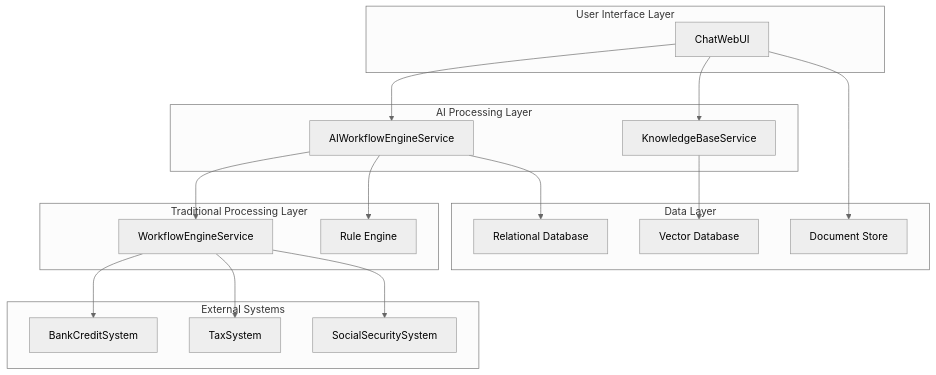
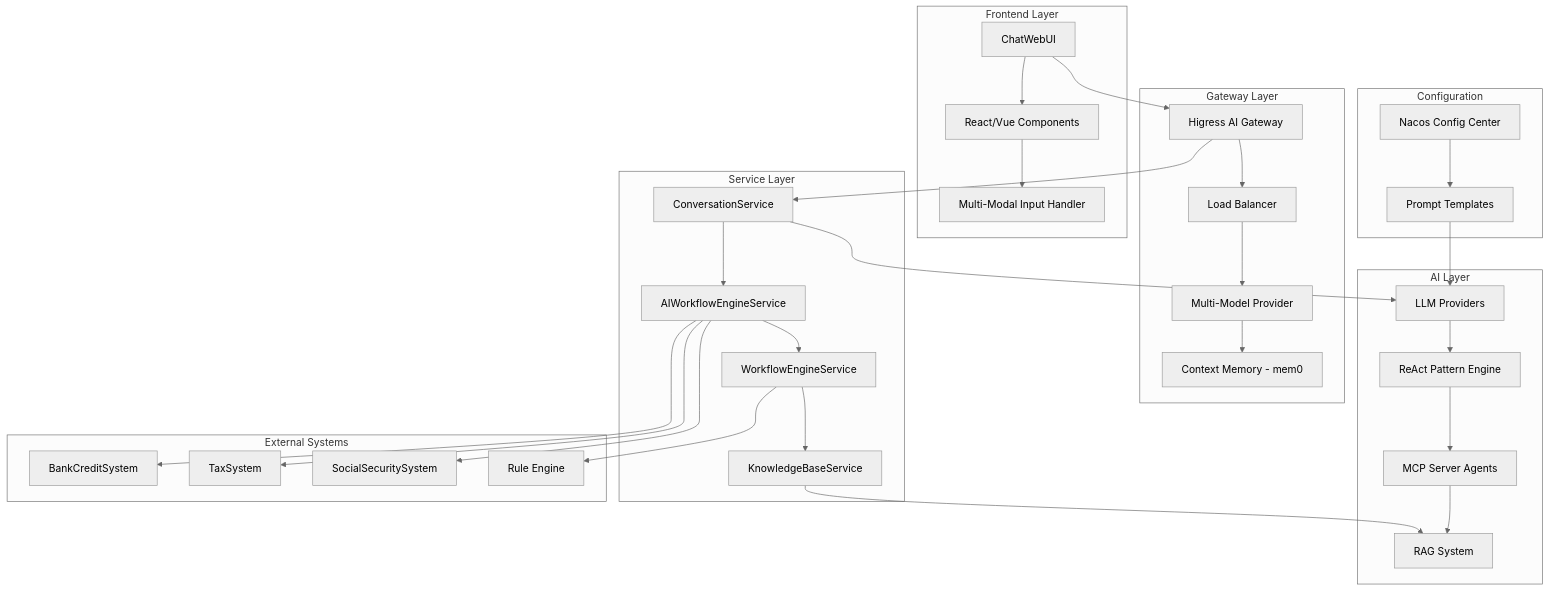
One commit to shayne007/blog changed the first of 2 diagrams in source/_posts/Design-FinTech-AI-Workflow-and-Chat-System.md. Above: the diagram before and after it, drawn with Mermaid (neutral theme). The commit also changed other lines of this file, not shown here.

Commit message:
update ai workflow

```diff
--- a/source/_posts/Design-FinTech-AI-Workflow-and-Chat-System.md
+++ b/source/_posts/Design-FinTech-AI-Workflow-and-Chat-System.md
@@ -15,38 +29,47 @@
-{% mermaid graph TB %}
-    subgraph "User Interface Layer"
-        A[ChatWebUI]
+{% mermaid flowchart TB %}
+    subgraph "Frontend Layer"
+        A[ChatWebUI] --> B[React/Vue Components]
+        B --> C[Multi-Modal Input Handler]
     end
     
-    subgraph "AI Processing Layer"
-        B[AIWorkflowEngineService]
-        C[KnowledgeBaseService]
+    subgraph "Gateway Layer"
+        D[Higress AI Gateway] --> E[Load Balancer]
+        E --> F[Multi-Model Provider]
+        F --> G[Context Memory - mem0]
     end
     
-    subgraph "Traditional Processing Layer"
-        D[WorkflowEngineService]
-        E[Rule Engine]
+    subgraph "Service Layer"
+        H[ConversationService] --> I[AIWorkflowEngineService]
+        I --> J[WorkflowEngineService]
+        J --> K[KnowledgeBaseService]
+    end
+    
+    subgraph "AI Layer"
+        L[LLM Providers] --> M[ReAct Pattern Engine]
+        M --> N[MCP Server Agents]
+        N --> O[RAG System]
     end
     
     subgraph "External Systems"
-        F[BankCreditSystem]
-        G[TaxSystem]
-        H[SocialSecuritySystem]
+        P[BankCreditSystem]
+        Q[TaxSystem]
+        R[SocialSecuritySystem]
+        S[Rule Engine]
     end
     
-    subgraph "Data Layer"
-        I[Vector Database]
-        J[Relational Database]
-        K[Document Store]
+    subgraph "Configuration"
+        T[Nacos Config Center]
+        U[Prompt Templates]
     end
     
-    A --> B
-    A --> C
-    B --> D
-    B --> E
-    D --> F
-    D --> G
+    A --> D
     D --> H
-    C --> I
-    B --> J
-    A --> K
+    H --> L
+    I --> P
+    I --> Q
+    I --> R
+    J --> S
+    K --> O
+    T --> U
+    U --> L
 {% endmermaid %}
```
